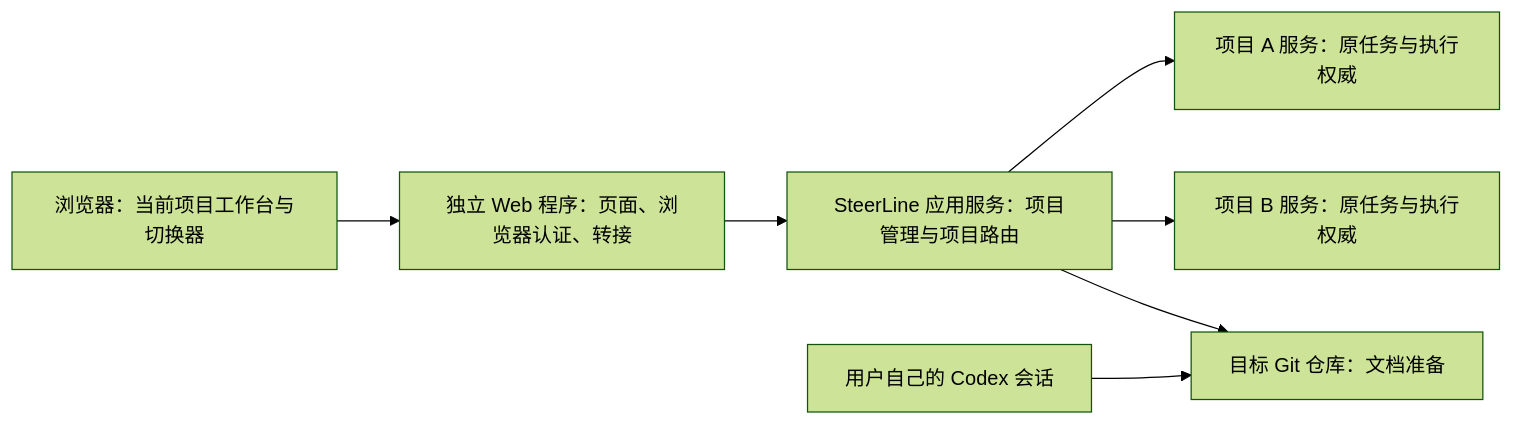
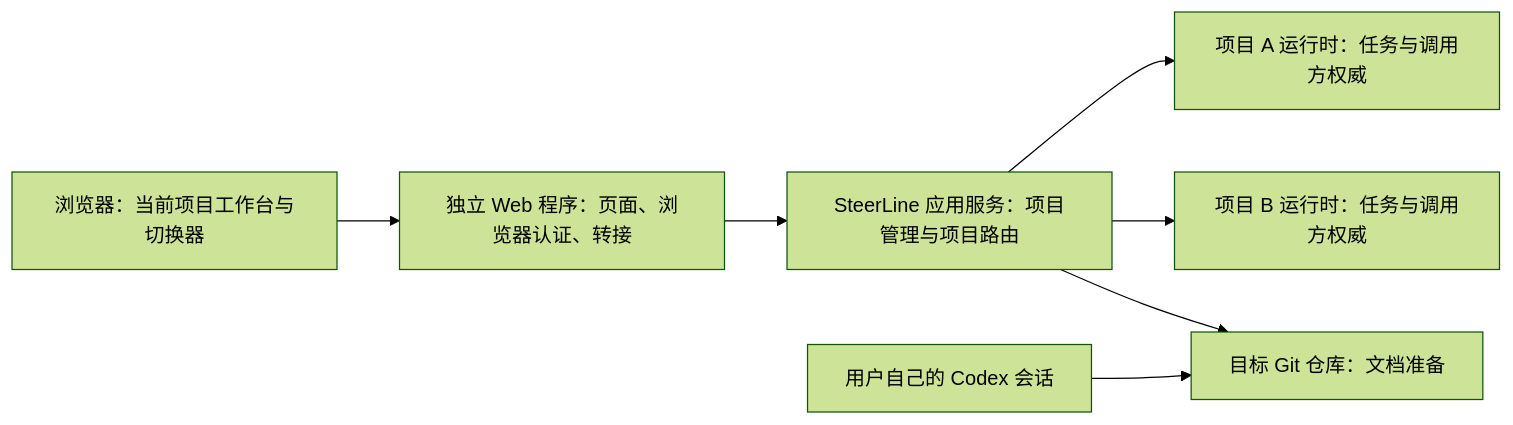
Before and after one commit to erranliu/SteerLine: the diagram in docs/product-design/project-management.md, drawn with Mermaid (forest theme). The commit also changed other lines of this file and 27 other files, not shown here.

````diff
--- a/docs/product-design/project-management.md
+++ b/docs/product-design/project-management.md
@@ -36,9 +36,9 @@
 ```mermaid
 flowchart LR
     U[浏览器：当前项目工作台与切换器] --> W[独立 Web 程序：页面、浏览器认证、转接]
     W --> A[SteerLine 应用服务：项目管理与项目路由]
-    A --> P1[项目 A 服务：原任务与执行权威]
-    A --> P2[项目 B 服务：原任务与执行权威]
+    A --> P1[项目 A 运行时：任务与调用方权威]
+    A --> P2[项目 B 运行时：任务与调用方权威]
     C[用户自己的 Codex 会话] --> R[目标 Git 仓库：文档准备]
     A --> R
 ```
````
